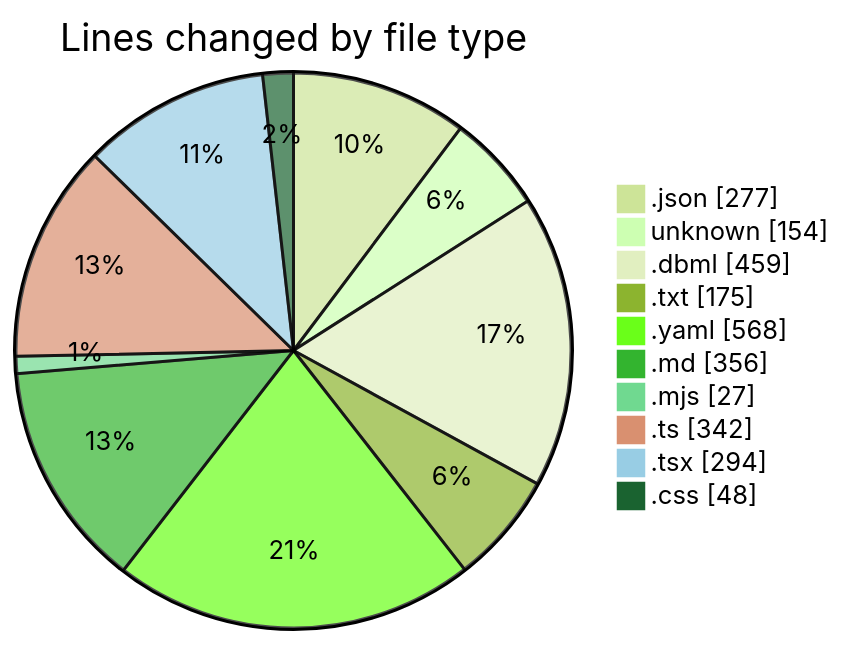
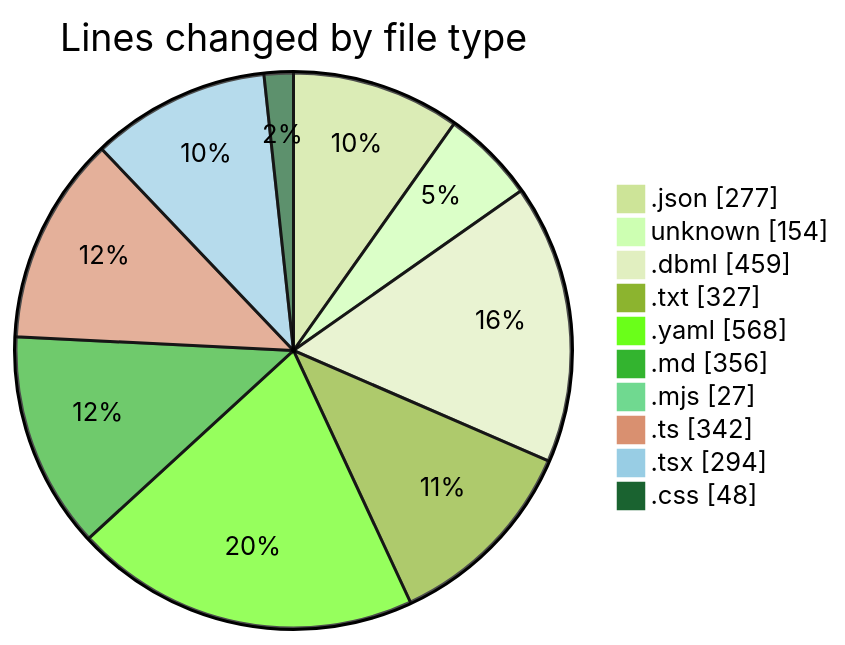
Before and after one commit to mevix1/code-tracking: the first of 2 diagrams in 2025-10-02/oura-api/README.md, drawn with Mermaid (forest theme). The commit also changed other lines of this file and 1 other file, not shown here.

````diff
--- a/2025-10-02/oura-api/README.md
+++ b/2025-10-02/oura-api/README.md
@@ -51,14 +52,14 @@
 ```mermaid
 pie showData
 title Lines changed by file type
 ".json" : 277
 "unknown" : 154
 ".dbml" : 459
-".txt" : 175
+".txt" : 327
 ".yaml" : 568
 ".md" : 356
 ".mjs" : 27
 ".ts" : 342
 ".tsx" : 294
 ".css" : 48
 ```
````
